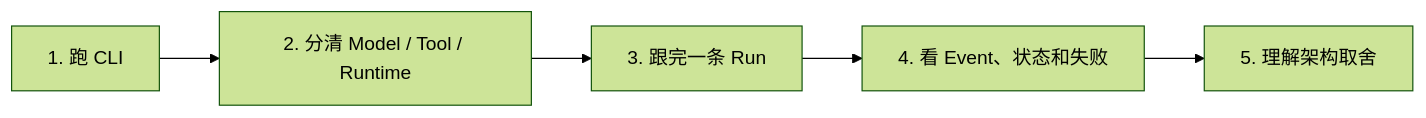
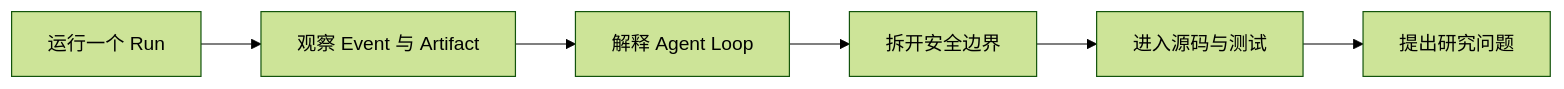
Before and after one commit to CherryYang05/BearAgent: the diagram in site/src/content/docs/zh-cn/learn/index.md, drawn with Mermaid (forest theme). The commit also changed other lines of this file and 50 other files, not shown here.

````diff
--- a/site/src/content/docs/zh-cn/learn/index.md
+++ b/site/src/content/docs/zh-cn/learn/index.md
@@ -28,7 +44,8 @@
 ```mermaid
 flowchart LR
-    A["1. 跑 CLI"] --> B["2. 分清 Model / Tool / Runtime"]
-    B --> C["3. 跟完一条 Run"]
-    C --> D["4. 看 Event、状态和失败"]
-    D --> E["5. 理解架构取舍"]
+    A["运行一个 Run"] --> B["观察 Event 与 Artifact"]
+    B --> C["解释 Agent Loop"]
+    C --> D["拆开安全边界"]
+    D --> E["进入源码与测试"]
+    E --> F["提出研究问题"]
 ```
````
